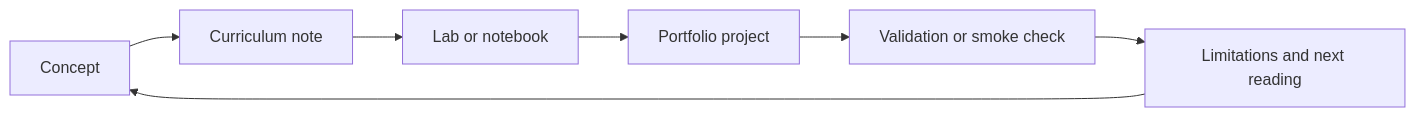
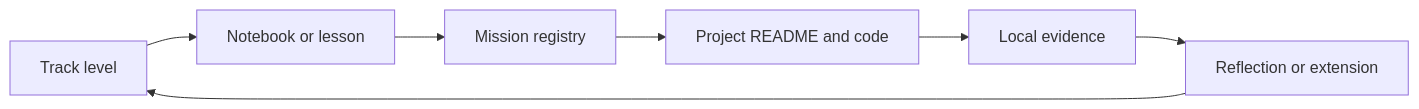
One commit to Quantumquirkz/Data-Science---Engineer---Analytics changed the diagram in curriculum/README.md. Above: the diagram before and after it, drawn with Mermaid. The commit also changed other lines of this file and 168 other files, not shown here.

Commit message:
Implement complete ten-level learning curriculum

````diff
--- a/curriculum/README.md
+++ b/curriculum/README.md
@@ -37,9 +25,9 @@
 ```mermaid
 flowchart LR
-    concept["Concept"] --> note["Curriculum note"]
-    note --> lab["Lab or notebook"]
-    lab --> project["Portfolio project"]
-    project --> validation["Validation or smoke check"]
-    validation --> reflection["Limitations and next reading"]
-    reflection --> concept
+    level[Track level] --> notebook[Notebook or lesson]
+    notebook --> mission[Mission registry]
+    mission --> project[Project README and code]
+    project --> evidence[Local evidence]
+    evidence --> reflection[Reflection or extension]
+    reflection --> level
 ```
````
